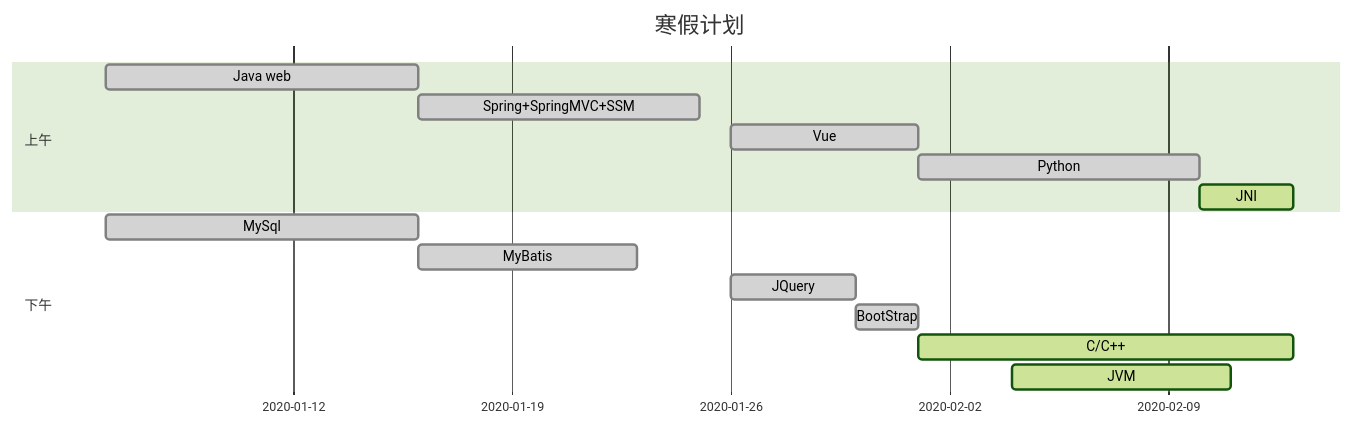
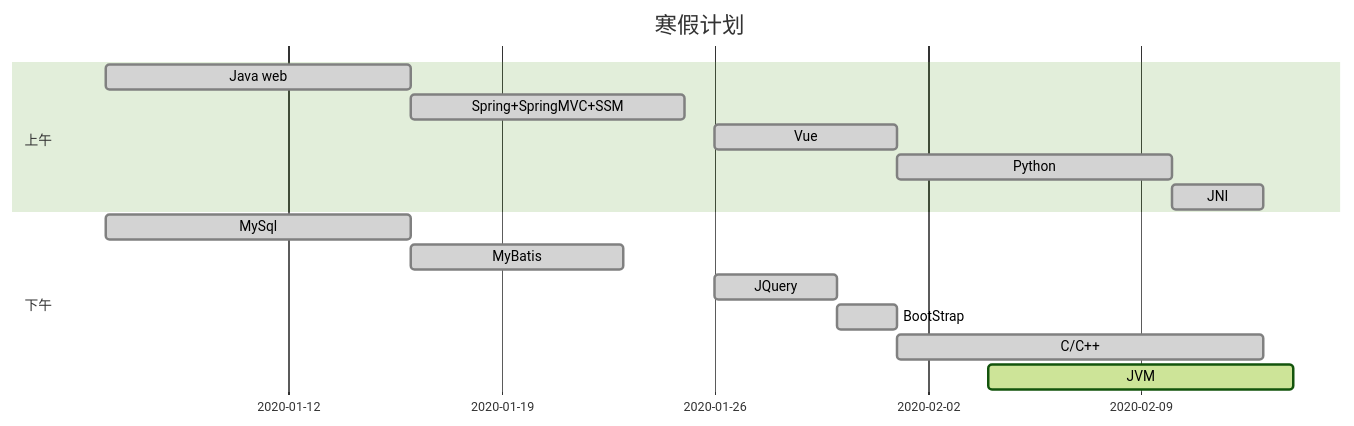
The diagram in 总结计划/vacation plan.md (xiaochen0517/markdown), drawn with Mermaid (forest theme) before and after one commit. The commit also changed 9 other files, not shown here.

````diff
--- a/总结计划/vacation plan.md
+++ b/总结计划/vacation plan.md
@@ -1,18 +1,18 @@
 ```mermaid
 gantt
 	dateFormat MM-DD
 	 title 寒假计划
         section 上午
         Java web:done,des11, 01-06,10d
         Spring+SpringMVC+SSM:done,des12, after des11, 9d
         Vue:done, des15, 01-26, 6d
         Python:done, des16, after des15, 9d
-        JNI:active, des17, after des16, 3d
+        JNI:done, des17, after des16, 3d
         section 下午
         MySql:done,des21, 01-06,10d
         MyBatis:done,des22, after des21, 7d
         JQuery:done, des23,01-26,4d
         BootStrap:done, des24, after des23, 2d
-        C/C++:active, des25, after des24, 12d
-        JVM:active, des26, 02-04,7d
+        C/C++:done, des25, after des24, 12d
+        JVM:active, des26, 02-04,10d
 ```
````
